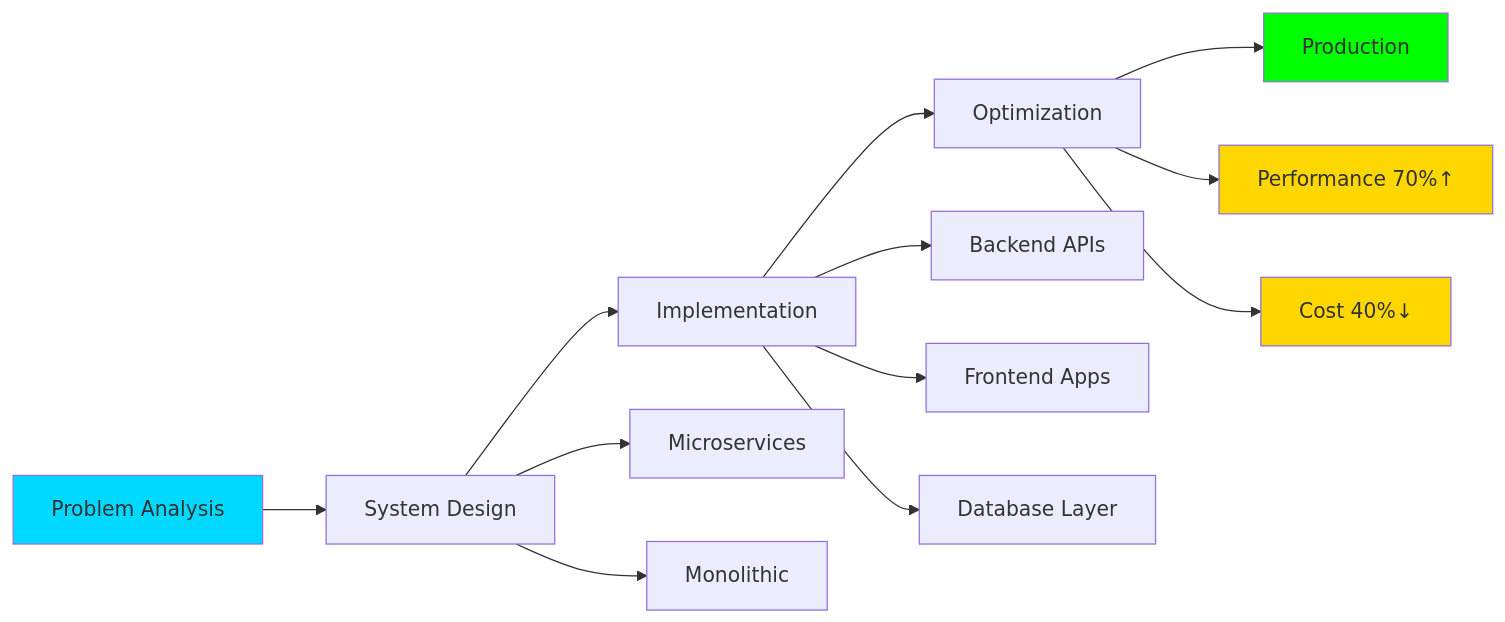
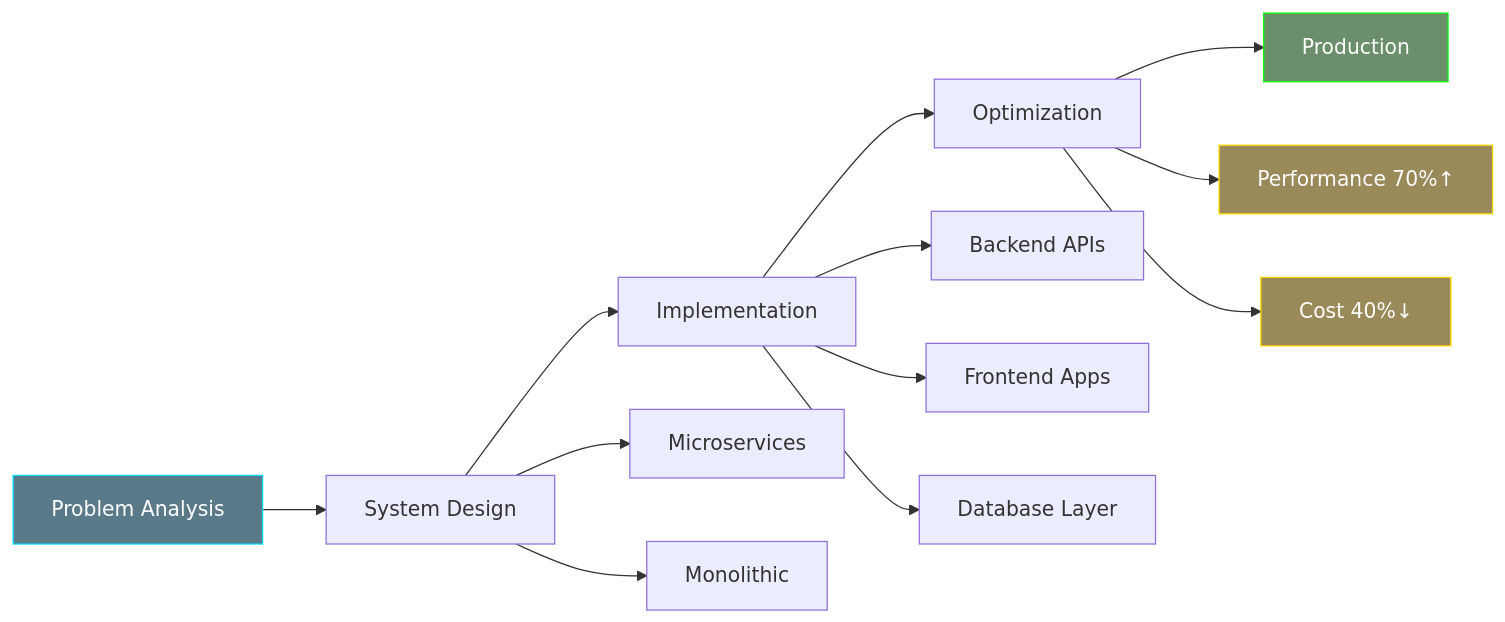
The diagram in README.md (akhil-vj/akhil-vj), drawn with Mermaid before and after one commit.

Commit message:
Refactor styles in README for better visibility
Updated styles for various elements in the README.

````diff
--- a/README.md
+++ b/README.md
@@ -438,22 +438,22 @@
 ```mermaid
 graph LR
     A[Problem Analysis] --> B[System Design]
     B --> C[Implementation]
     C --> D[Optimization]
     D --> E[Production]
     
     B --> F[Microservices]
     B --> G[Monolithic]
     
     C --> H[Backend APIs]
     C --> I[Frontend Apps]
     C --> J[Database Layer]
     
     D --> K[Performance 70%↑]
     D --> L[Cost 40%↓]
     
-    style A fill:#00D9FF
-    style E fill:#00FF00
-    style K fill:#FFD700
-    style L fill:#FFD700
+    style A fill:#5A7A8A,stroke:#00D9FF,color:#fff
+    style E fill:#6B8E6B,stroke:#00FF00,color:#fff
+    style K fill:#9A8A5A,stroke:#FFD700,color:#fff
+    style L fill:#9A8A5A,stroke:#FFD700,color:#fff
 ```
````
